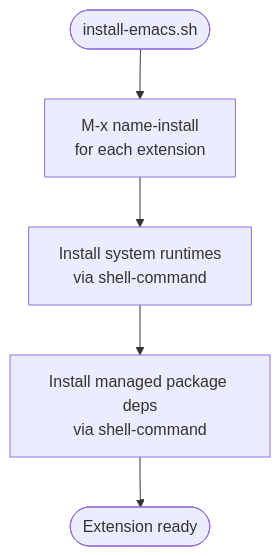
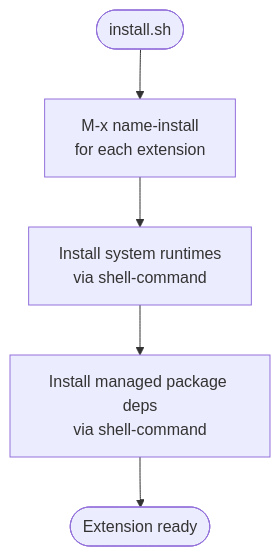
Before and after one commit to sagelattice/ctrl: the diagram in docs/extension-architecture.md, drawn with Mermaid. The commit also changed other lines of this file and 11 other files, not shown here.

````diff
--- a/docs/extension-architecture.md
+++ b/docs/extension-architecture.md
@@ -43,7 +43,7 @@
 ```mermaid
 flowchart TD
-    A([install-emacs.sh]) --> B[M-x name-install\nfor each extension]
+    A([install.sh]) --> B[M-x name-install\nfor each extension]
     B --> C[Install system runtimes\nvia shell-command]
     C --> D[Install managed package deps\nvia shell-command]
     D --> E([Extension ready])
 ```
````
